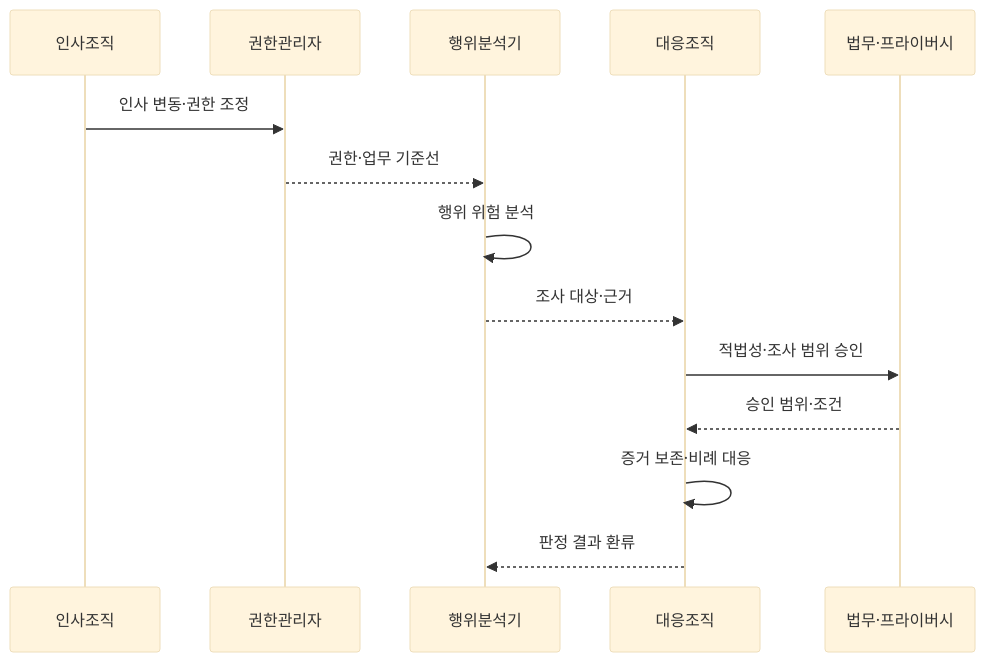
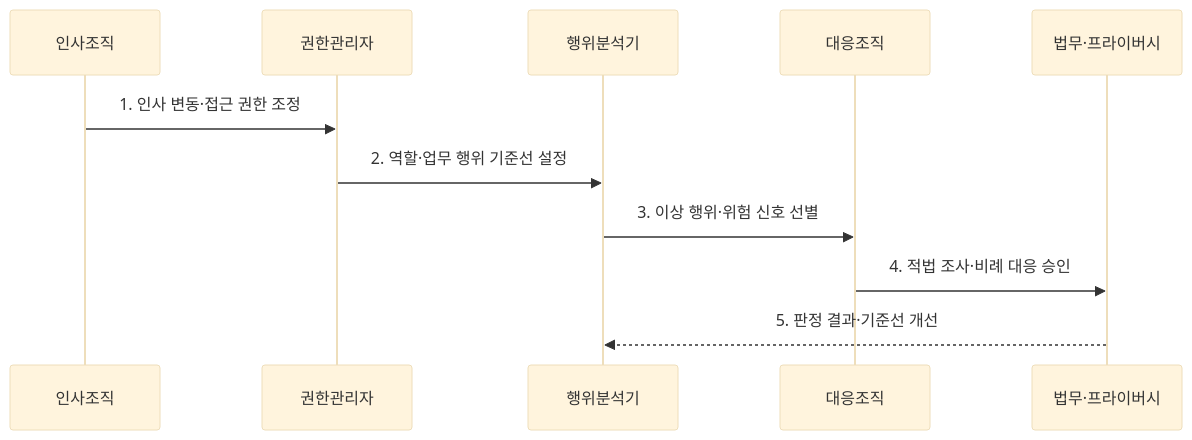
One commit to agnusdei1207/knowledge-base changed the second of 2 diagrams in src/content/docs/notes/05-security/113_insider_threat_management.md. Above: the diagram before and after it, drawn with Mermaid (base theme). The commit also changed other lines of this file and 5 other files, not shown here.

````diff
--- a/src/content/docs/notes/05-security/113_insider_threat_management.md
+++ b/src/content/docs/notes/05-security/113_insider_threat_management.md
@@ -79,16 +75,13 @@
 ```mermaid
 sequenceDiagram
   participant H as 인사조직
   participant I as 권한관리자
   participant A as 행위분석기
   participant R as 대응조직
   participant L as 법무·프라이버시
-  H->>I: 인사 변동·권한 조정
-  I-->>A: 권한·업무 기준선
-  A->>A: 행위 위험 분석
-  A-->>R: 조사 대상·근거
-  R->>L: 적법성·조사 범위 승인
-  L-->>R: 승인 범위·조건
-  R->>R: 증거 보존·비례 대응
-  R-->>A: 판정 결과 환류
+  H->>I: 1. 인사 변동·접근 권한 조정
+  I->>A: 2. 역할·업무 행위 기준선 설정
+  A->>R: 3. 이상 행위·위험 신호 선별
+  R->>L: 4. 적법 조사·비례 대응 승인
+  L-->>A: 5. 판정 결과·기준선 개선
 ```
````
